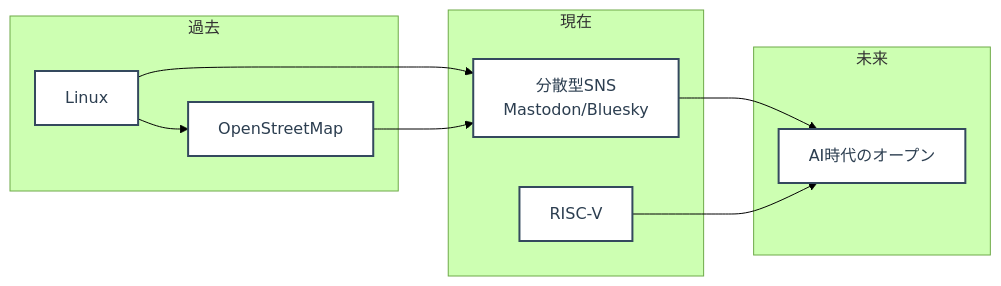
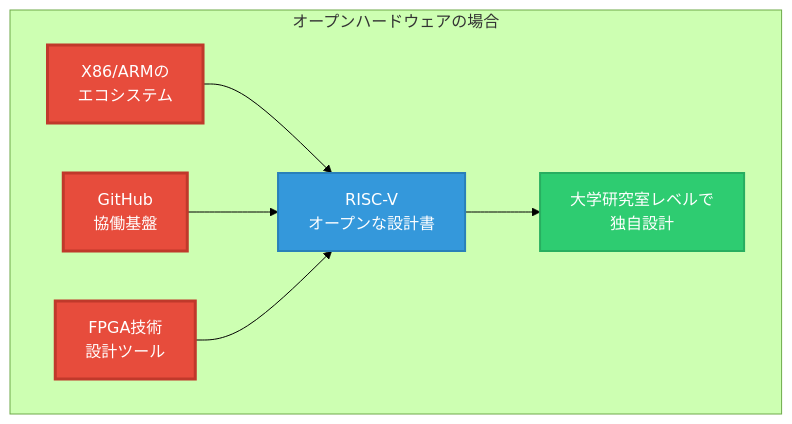
Before and after one commit to miurahr/kof2025-keynote-open-collaboration: the third of 3 diagrams in slide/index.md, drawn with Mermaid (forest theme). The commit also changed other lines of this file, not shown here.

Commit message:
Expand and refine slide content: Introduce OpenStreetMap and its context, update diagrams, and enhance AI section details

```diff
--- a/slide/index.md
+++ b/slide/index.md
@@ -593,18 +378,16 @@
 <div class="mermaid">
-    flowchart LR
-        subgraph 過去
-            L1[Linux]:::node --> OSM[OpenStreetMap]:::node
+    flowchart
+        subgraph Hardware["オープンハードウェアの場合"]
+            direction LR
+            Y[X86/ARMの<br/>エコシステム]:::giant
+            F[FPGA技術<br/>設計ツール]:::giant
+            G[GitHub<br/>協働基盤]:::giant
+            Y --> R[RISC-V<br/>オープンな設計書]:::open
+            G --> R
+            F --> R
+            R --> E2[大学研究室レベルで<br/>独自設計]:::result
         end
-        subgraph 現在
-            D1[分散型SNS<br/>Mastodon/Bluesky]:::node
-            D2[RISC-V]:::node
-        end
-        subgraph 未来
-            A1[AI時代のオープン]:::node
-        end
-        L1 --> D1
-        OSM --> D1
-        D1 --> A1
-        D2 --> A1
-        classDef node fill:#fff,stroke:#34495e,stroke-width:2px,color:#2c3e50;
+        classDef giant fill:#e74c3c,stroke:#c0392b,stroke-width:3px,color:#fff;
+        classDef open fill:#3498db,stroke:#2980b9,stroke-width:2px,color:#fff;
+        classDef result fill:#2ecc71,stroke:#27ae60,stroke-width:2px,color:#fff;
 </div>
```
